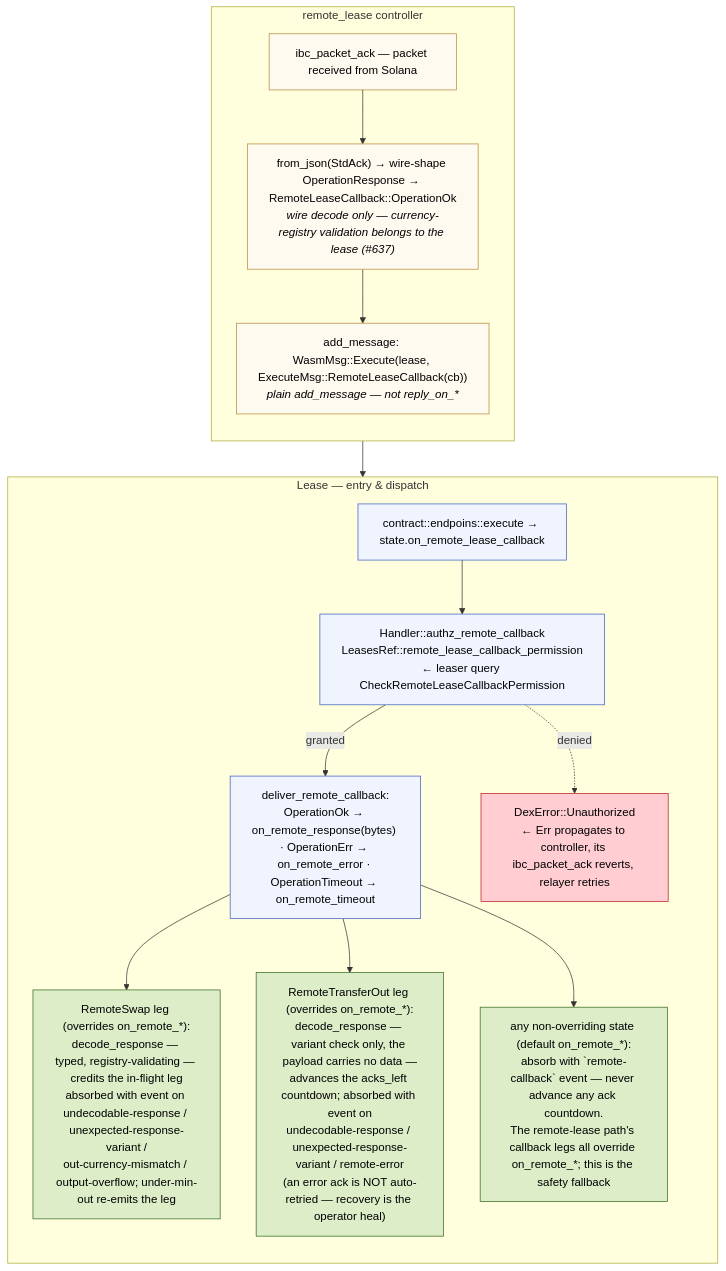
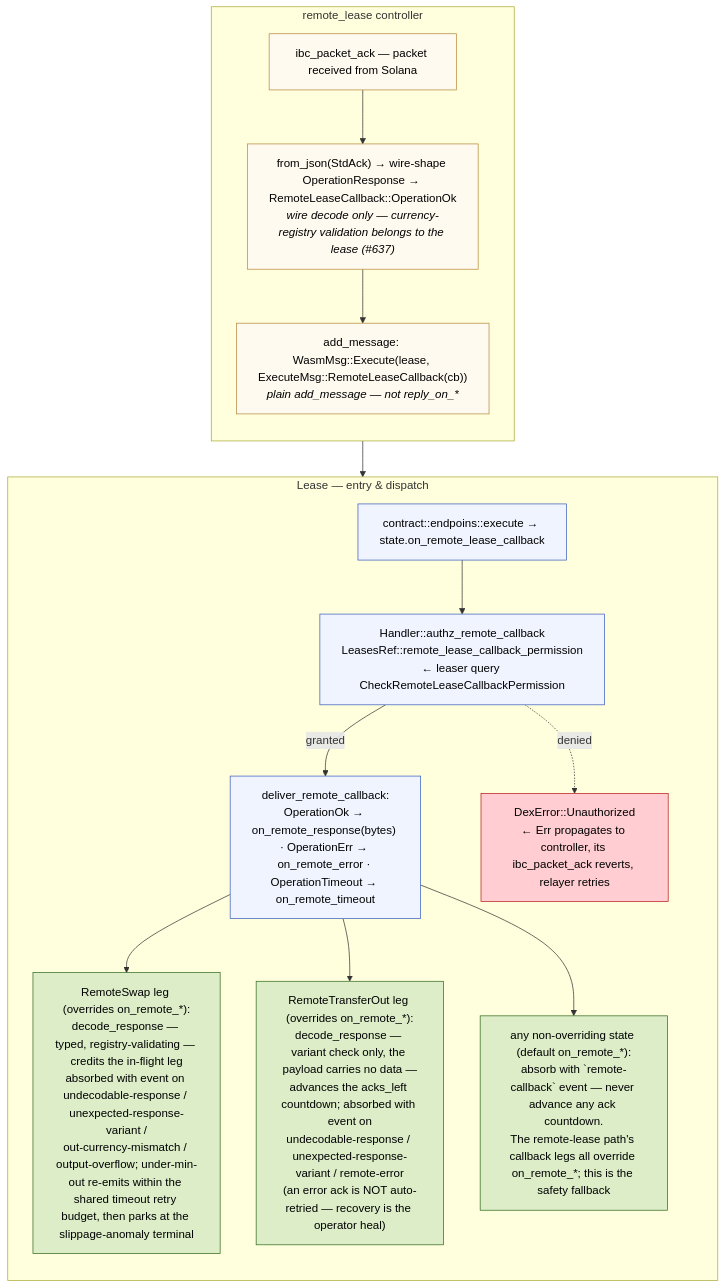
One commit to nolus-protocol/nolus-money-market changed the first of 2 diagrams in protocol/docs/remote-lease-callback-flow.md. Above: the diagram before and after it, drawn with Mermaid. The commit also changed other lines of this file and 1 other file, not shown here.

First line of the commit message:
docs: correct remote-lease migrate, nonce and retry drift

````diff
--- a/protocol/docs/remote-lease-callback-flow.md
+++ b/protocol/docs/remote-lease-callback-flow.md
@@ -20,32 +20,32 @@
 ```mermaid
 flowchart TD
     classDef ctrl   fill:#fefaf0,stroke:#b6883a,color:#000;
     classDef lease  fill:#f0f4ff,stroke:#3a5dbe,color:#000;
     classDef ok     fill:#dcedc8,stroke:#33691e,color:#000;
     classDef err    fill:#ffcdd2,stroke:#b71c1c,color:#000;
 
     subgraph Controller[remote_lease controller]
         direction TB
         Ack["ibc_packet_ack — packet received from Solana"]:::ctrl
         Decode["from_json(StdAck) → wire-shape OperationResponse → RemoteLeaseCallback::OperationOk<br/><i>wire decode only — currency-registry validation belongs to the lease (#637)</i>"]:::ctrl
         WasmExec["add_message: WasmMsg::Execute(lease, ExecuteMsg::RemoteLeaseCallback(cb))<br/><i>plain add_message — not reply_on_*</i>"]:::ctrl
         Ack --> Decode --> WasmExec
     end
 
     subgraph LeaseEntry[Lease — entry & dispatch]
         direction TB
         ExecEntry["contract::endpoins::execute → state.on_remote_lease_callback"]:::lease
         Auth["Handler::authz_remote_callback<br/>LeasesRef::remote_lease_callback_permission<br/>← leaser query CheckRemoteLeaseCallbackPermission"]:::lease
         Classify["deliver_remote_callback:<br/>OperationOk → on_remote_response(bytes) · OperationErr → on_remote_error · OperationTimeout → on_remote_timeout"]:::lease
-        RemoteLeg["RemoteSwap leg (overrides on_remote_*):<br/>decode_response — typed, registry-validating — credits the in-flight leg<br/>absorbed with event on undecodable-response / unexpected-response-variant /<br/>out-currency-mismatch / output-overflow; under-min-out re-emits the leg"]:::ok
+        RemoteLeg["RemoteSwap leg (overrides on_remote_*):<br/>decode_response — typed, registry-validating — credits the in-flight leg<br/>absorbed with event on undecodable-response / unexpected-response-variant /<br/>out-currency-mismatch / output-overflow; under-min-out re-emits within the shared timeout retry budget, then parks at the slippage-anomaly terminal"]:::ok
         DrainLeg["RemoteTransferOut leg (overrides on_remote_*):<br/>decode_response — variant check only, the payload carries no data —<br/>advances the acks_left countdown; absorbed with event on<br/>undecodable-response / unexpected-response-variant / remote-error<br/>(an error ack is NOT auto-retried — recovery is the operator heal)"]:::ok
         DefaultLeg["any non-overriding state (default on_remote_*):<br/>absorb with `remote-callback` event — never advance any ack countdown.<br/>The remote-lease path's callback legs all override on_remote_*; this is the safety fallback"]:::ok
         ExecEntry --> Auth -->|granted| Classify
         Classify --> RemoteLeg
         Classify --> DrainLeg
         Classify --> DefaultLeg
         Auth -. denied .-> AuthErr["DexError::Unauthorized<br/>← Err propagates to controller, its ibc_packet_ack reverts, relayer retries"]:::err
     end
 
     WasmExec --> ExecEntry
 ```
````
